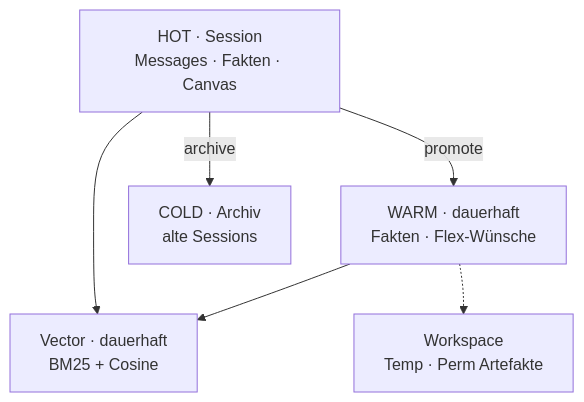
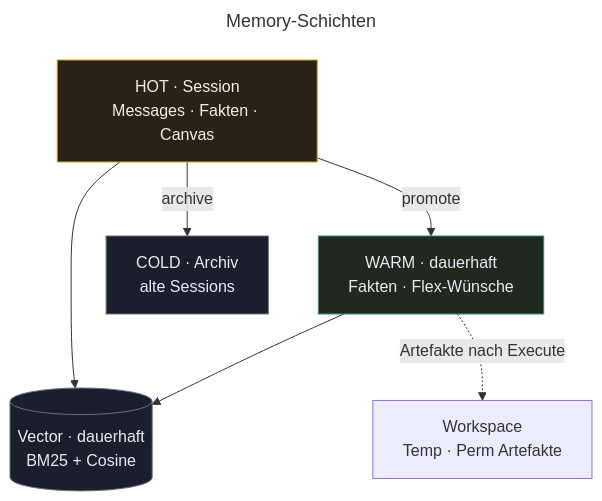
Before and after one commit to landjunge/gnom-hub-v1: the fourth of 4 diagrams in README_DE.md, drawn with Mermaid. The commit also changed other lines of this file and 3 other files, not shown here.

First line of the commit message:
docs: deepen Mermaid syntax (state, sequence, classDef, guide)

````diff
--- a/README_DE.md
+++ b/README_DE.md
@@ -265,14 +299,23 @@
 ```mermaid
+---
+title: Memory-Schichten
+---
 flowchart TB
-  HOT["HOT · Session\nMessages · Fakten · Canvas"]
-  WARM["WARM · dauerhaft\nFakten · Flex-Wünsche"]
-  COLD["COLD · Archiv\nalte Sessions"]
-  VEC["Vector · dauerhaft\nBM25 + Cosine"]
-  WORK["Workspace\nTemp · Perm Artefakte"]
+  HOT["HOT · Session<br/>Messages · Fakten · Canvas"]
+  WARM["WARM · dauerhaft<br/>Fakten · Flex-Wünsche"]
+  COLD["COLD · Archiv<br/>alte Sessions"]
+  VEC[("Vector · dauerhaft<br/>BM25 + Cosine")]
+  WORK["Workspace<br/>Temp · Perm Artefakte"]
 
-  HOT -->|promote| WARM
-  HOT -->|archive| COLD
-  WARM --> VEC
-  HOT --> VEC
-  WARM -.-> WORK
+  HOT -->|"promote"| WARM
+  HOT -->|"archive"| COLD
+  HOT & WARM --> VEC
+  WARM -.->|"Artefakte nach Execute"| WORK
+
+  classDef hot fill:#2a2218,stroke:#c9a227,color:#f5f0e6
+  classDef warm fill:#1e2a1e,stroke:#3a8f6e,color:#e6edf3
+  classDef cold fill:#1a1f2e,stroke:#6b7280,color:#e6edf3
+  class HOT hot
+  class WARM warm
+  class COLD,VEC cold
 ```
````
